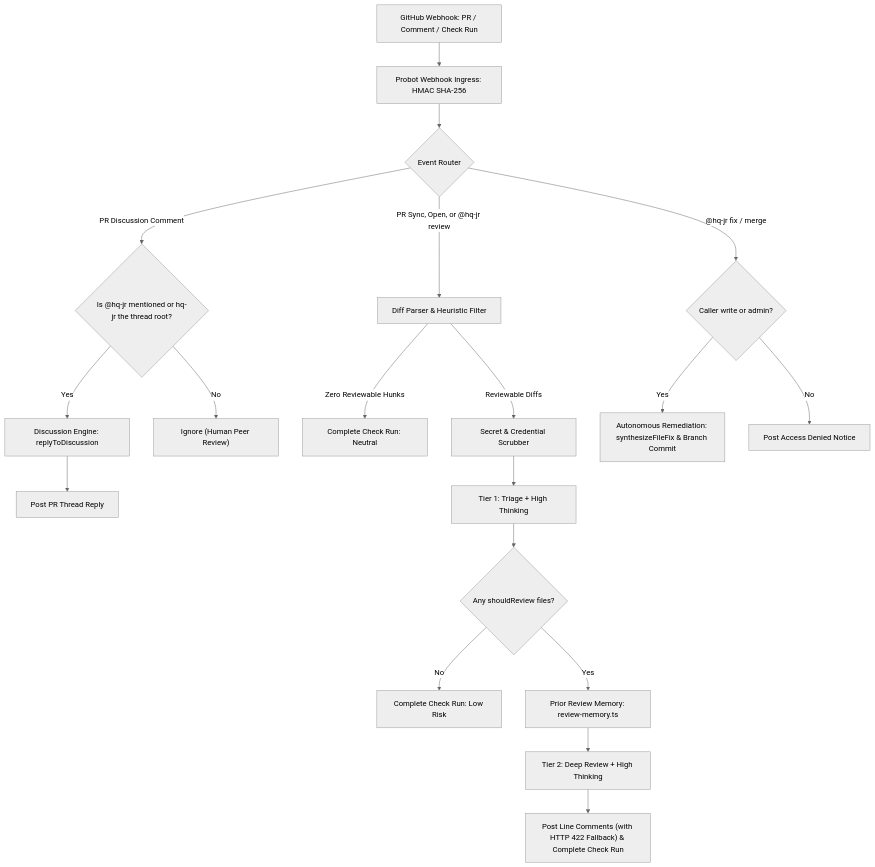
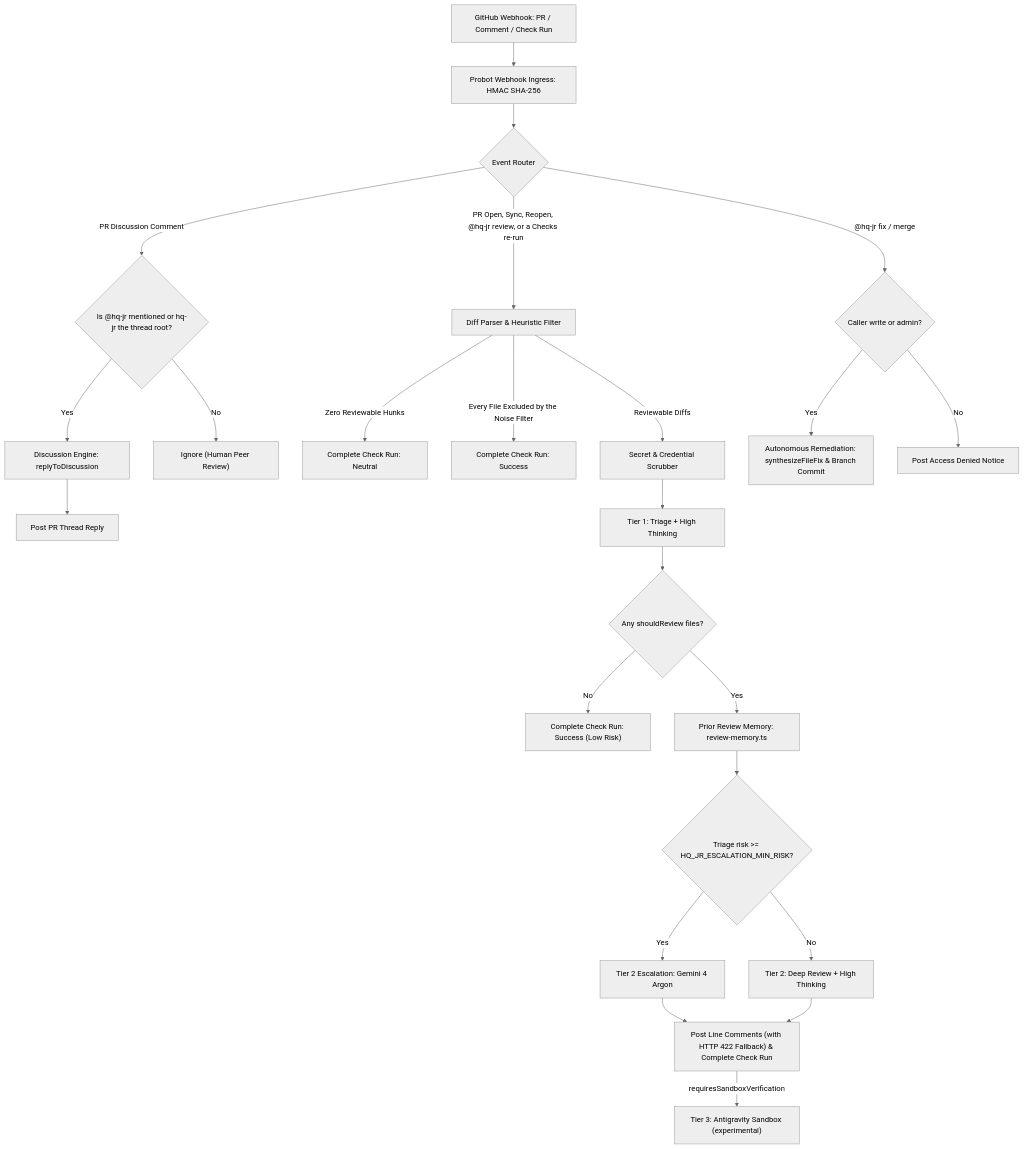
The diagram in README.md (adi-IL/hq-jr), drawn with Mermaid (neutral theme) before and after one commit. The commit also changed other lines of this file and 7 other files, not shown here.

````diff
--- a/README.md
+++ b/README.md
@@ -51,26 +51,31 @@
 ```mermaid
 flowchart TD
     PR["GitHub Webhook: PR / Comment / Check Run"] --> Ingress["Probot Webhook Ingress: HMAC SHA-256"]
     Ingress --> Route{"Event Router"}
     
     Route -->|"PR Discussion Comment"| AntiHijack{"Is @hq-jr mentioned or hq-jr the thread root?"}
     AntiHijack -->|"Yes"| Disc["Discussion Engine: replyToDiscussion"]
     Disc --> PostReply["Post PR Thread Reply"]
     AntiHijack -->|"No"| Ignore["Ignore (Human Peer Review)"]
     
-    Route -->|"PR Sync, Open, or @hq-jr review"| Filter["Diff Parser & Heuristic Filter"]
+    Route -->|"PR Open, Sync, Reopen, @hq-jr review, or a Checks re-run"| Filter["Diff Parser & Heuristic Filter"]
     Filter -->|"Zero Reviewable Hunks"| FastPass["Complete Check Run: Neutral"]
+    Filter -->|"Every File Excluded by the Noise Filter"| ExcludedPass["Complete Check Run: Success"]
     Filter -->|"Reviewable Diffs"| Scrubber["Secret & Credential Scrubber"]
     Scrubber --> Tier1["Tier 1: Triage + High Thinking"]
     
     Tier1 --> TriageDecision{"Any shouldReview files?"}
-    TriageDecision -->|"No"| LowRiskExit["Complete Check Run: Low Risk"]
+    TriageDecision -->|"No"| LowRiskExit["Complete Check Run: Success (Low Risk)"]
     TriageDecision -->|"Yes"| Memory["Prior Review Memory: review-memory.ts"]
-    Memory --> Tier2["Tier 2: Deep Review + High Thinking"]
+    Memory --> Gate{"Triage risk >= HQ_JR_ESCALATION_MIN_RISK?"}
+    Gate -->|"Yes"| Argon["Tier 2 Escalation: Gemini 4 Argon"]
+    Gate -->|"No"| Tier2["Tier 2: Deep Review + High Thinking"]
     
-    Tier2 --> Output["Post Line Comments (with HTTP 422 Fallback) & Complete Check Run"]
+    Argon --> Output["Post Line Comments (with HTTP 422 Fallback) & Complete Check Run"]
+    Tier2 --> Output
+    Output -->|"requiresSandboxVerification"| Tier3["Tier 3: Antigravity Sandbox (experimental)"]
     
     Route -->|"@hq-jr fix / merge"| RBAC{"Caller write or admin?"}
     RBAC -->|"Yes"| Remediate["Autonomous Remediation: synthesizeFileFix & Branch Commit"]
     RBAC -->|"No"| Deny["Post Access Denied Notice"]
 ```
````
